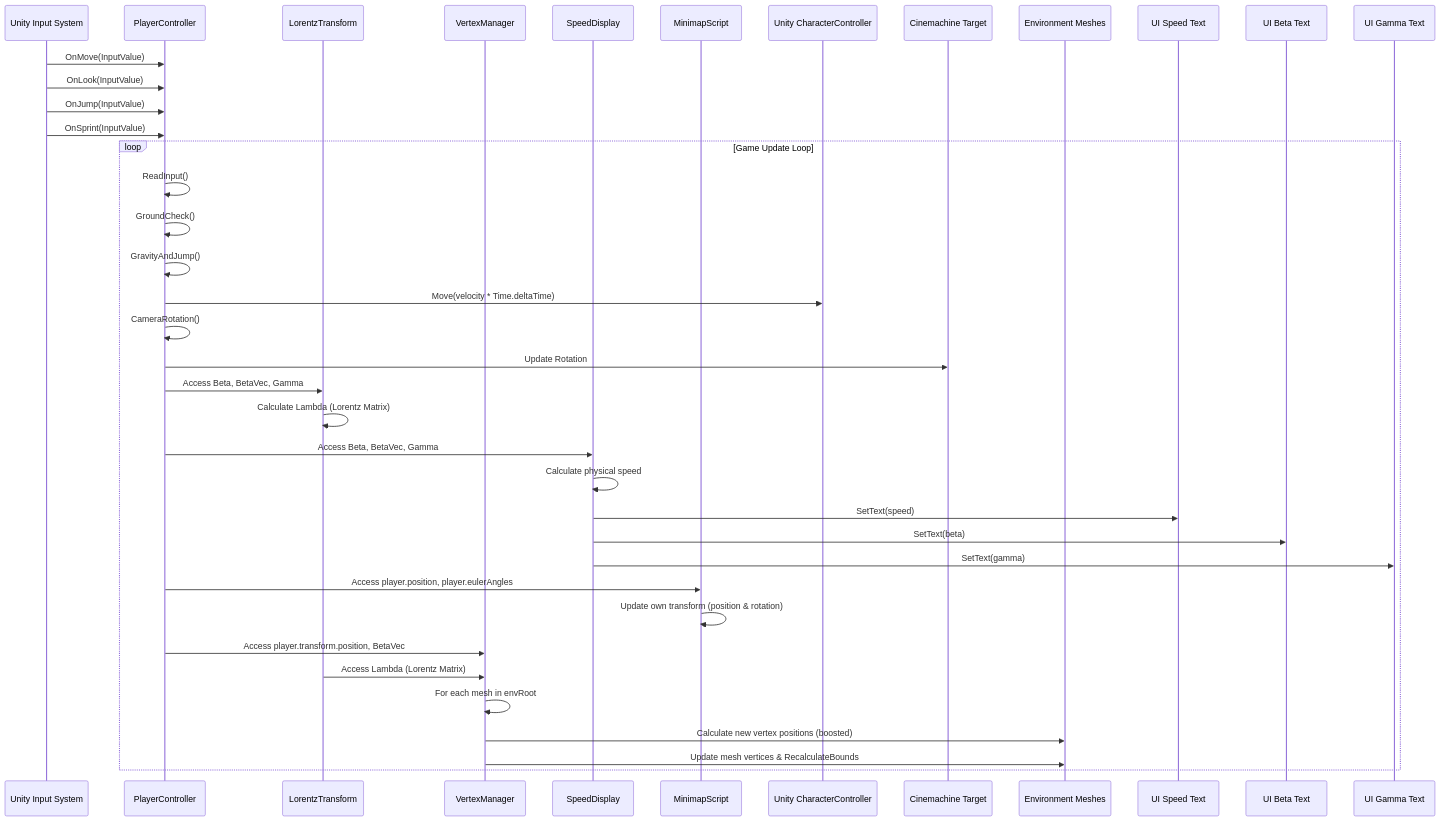
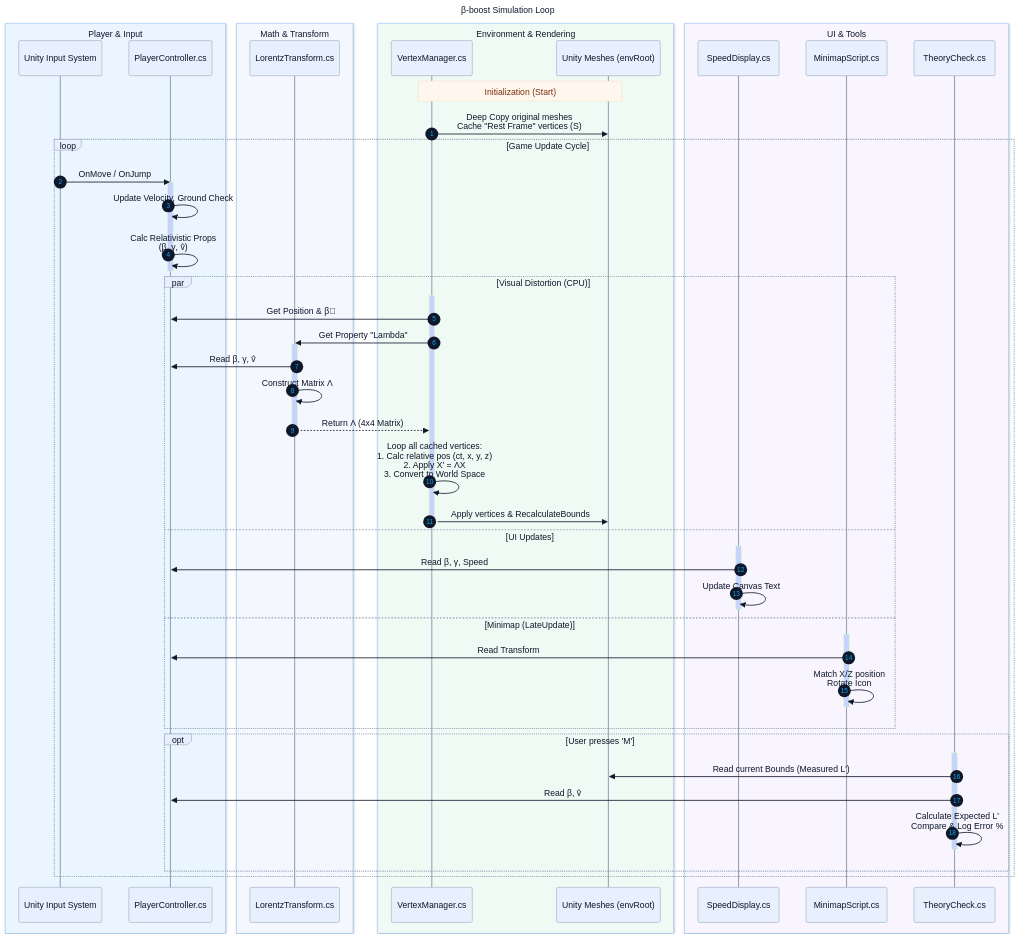
One commit to 4xwell/beta-boost changed the diagram in README.md. Above: the diagram before and after it, drawn with Mermaid.

Commit message:
Update README with enhanced code hierarchy diagram

````diff
--- a/README.md
+++ b/README.md
@@ -22,47 +22,96 @@
 ```mermaid
+%%{init: {
+  "theme": "base",
+  "themeVariables": {
+    "fontFamily": "Inter, ui-sans-serif, system-ui",
+    "fontSize": "16px",
+    "primaryColor": "#e8f0fe",
+    "primaryTextColor": "#0f172a",
+    "primaryBorderColor": "#93c5fd",
+    "lineColor": "#334155",
+    
+    "actorTextColor": "#0f172a",
+    "actorBorder": "#94a3b8",
+    "noteBkgColor": "#fff7ed",
+    "noteTextColor": "#7c2d12",
+    "activationBkgColor": "#c7d2fe",
+    "sequenceNumberColor": "#0ea5e9"
+  }
+}}%%
 sequenceDiagram
-    participant PlayerInput as Unity Input System
-    participant PlayerController
-    participant LorentzTransform
-    participant VertexManager
-    participant SpeedDisplay
-    participant MinimapScript
-    participant CharacterController as Unity CharacterController
-    participant CinemachineTarget as Cinemachine Target
-    participant EnvMeshes as Environment Meshes
-    participant UI_SpeedText as UI Speed Text
-    participant UI_BetaText as UI Beta Text
-    participant UI_GammaText as UI Gamma Text
+    title β-boost Simulation Loop
 
-    PlayerInput->>PlayerController: OnMove(InputValue)
-    PlayerInput->>PlayerController: OnLook(InputValue)
-    PlayerInput->>PlayerController: OnJump(InputValue)
-    PlayerInput->>PlayerController: OnSprint(InputValue)
+    autonumber
 
-    loop Game Update Loop
-        PlayerController->>PlayerController: ReadInput()
-        PlayerController->>PlayerController: GroundCheck()
-        PlayerController->>PlayerController: GravityAndJump()
-        PlayerController->>CharacterController: Move(velocity * Time.deltaTime)
-        PlayerController->>PlayerController: CameraRotation()
-        PlayerController->>CinemachineTarget: Update Rotation
+    %% ─────────── Layers
+    box rgb(235,245,255) Player & Input
+        participant Input as Unity Input System
+        participant Player as PlayerController.cs
+    end
 
-        PlayerController->>LorentzTransform: Access Beta, BetaVec, Gamma
-        LorentzTransform->>LorentzTransform: Calculate Lambda (Lorentz Matrix)
+    box rgb(245,247,255) Math & Transform
+        participant Lorentz as LorentzTransform.cs
+    end
 
-        PlayerController->>SpeedDisplay: Access Beta, BetaVec, Gamma
-        SpeedDisplay->>SpeedDisplay: Calculate physical speed
-        SpeedDisplay->>UI_SpeedText: SetText(speed)
-        SpeedDisplay->>UI_BetaText: SetText(beta)
-        SpeedDisplay->>UI_GammaText: SetText(gamma)
+    box rgb(240,250,245) Environment & Rendering
+        participant VManager as VertexManager.cs
+        participant Meshes as Unity Meshes (envRoot)
+    end
 
-        PlayerController->>MinimapScript: Access player.position, player.eulerAngles
-        MinimapScript->>MinimapScript: Update own transform (position & rotation)
+    box rgb(248,245,255) UI & Tools
+        participant SpeedUI as SpeedDisplay.cs
+        participant Minimap as MinimapScript.cs
+        participant Theory as TheoryCheck.cs
+    end
 
-        PlayerController->>VertexManager: Access player.transform.position, BetaVec
-        LorentzTransform->>VertexManager: Access Lambda (Lorentz Matrix)
-        VertexManager->>VertexManager: For each mesh in envRoot
-        VertexManager->>EnvMeshes: Calculate new vertex positions (boosted)
-        VertexManager->>EnvMeshes: Update mesh vertices & RecalculateBounds
+    %% ─────────── Initialization
+    Note over VManager,Meshes: Initialization (Start)
+    VManager->>Meshes: Deep Copy original meshes<br/>Cache "Rest Frame" vertices (S)
+
+    %% ─────────── Main Loop
+    loop Game Update Cycle
+        %% 1. Input & Physics
+        Input->>Player: OnMove / OnJump
+        activate Player
+        Player->>Player: Update Velocity, Ground Check
+        Player->>Player: Calc Relativistic Props<br/>(β, γ, v̂)
+        deactivate Player
+
+        %% 2. Parallel Visual Updates
+        par Visual Distortion (CPU)
+            activate VManager
+            VManager->>Player: Get Position & β⃗
+            VManager->>Lorentz: Get Property "Lambda"
+            activate Lorentz
+            Lorentz->>Player: Read β, γ, v̂
+            Lorentz->>Lorentz: Construct Matrix Λ
+            Lorentz-->>VManager: Return Λ (4x4 Matrix)
+            deactivate Lorentz
+            
+            VManager->>VManager: Loop all cached vertices:<br/>1. Calc relative pos (ct, x, y, z)<br/>2. Apply X' = ΛX<br/>3. Convert to World Space
+            VManager->>Meshes: Apply vertices & RecalculateBounds
+            deactivate VManager
+
+        and UI Updates
+            activate SpeedUI
+            SpeedUI->>Player: Read β, γ, Speed
+            SpeedUI->>SpeedUI: Update Canvas Text
+            deactivate SpeedUI
+
+        and Minimap (LateUpdate)
+            activate Minimap
+            Minimap->>Player: Read Transform
+            Minimap->>Minimap: Match X/Z position<br/>Rotate Icon
+            deactivate Minimap
+        end
+
+        %% 3. Optional Diagnostics
+        opt User presses 'M'
+            activate Theory
+            Theory->>Meshes: Read current Bounds (Measured L')
+            Theory->>Player: Read β, v̂
+            Theory->>Theory: Calculate Expected L'<br/>Compare & Log Error %
+            deactivate Theory
+        end
     end
 ```
````
